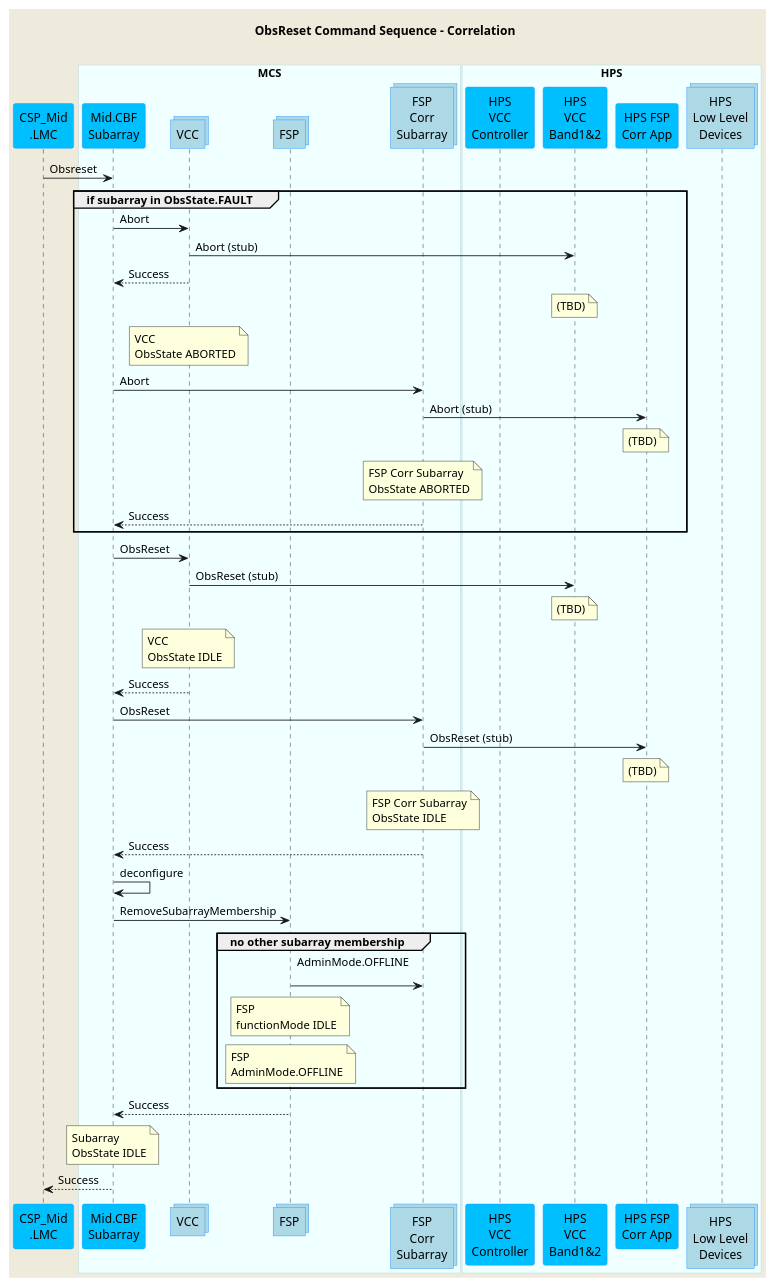
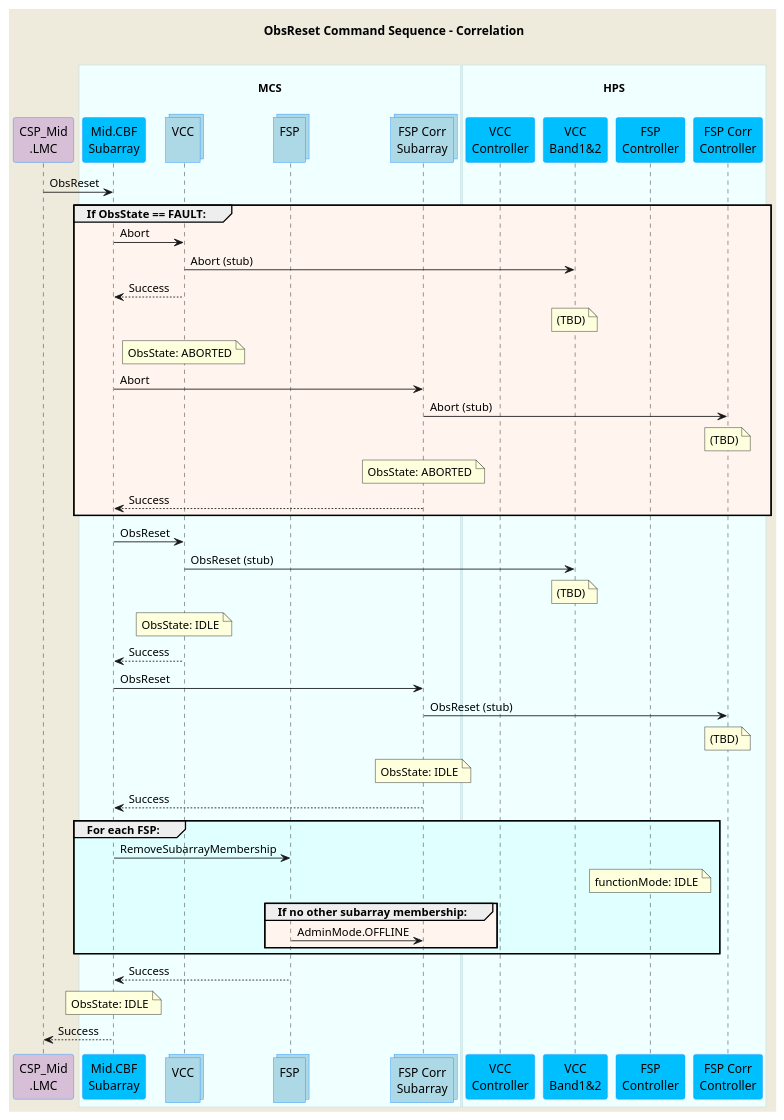
The diagram in docs/src/diagrams/obsreset-command.puml (ska-telescope/mid-cbf-mcs), drawn with PlantUML before and after one commit. The commit also changed 8 other files, not shown here.

```diff
--- a/docs/src/diagrams/obsreset-command.puml
+++ b/docs/src/diagrams/obsreset-command.puml
@@ -1,84 +1,79 @@
 @startuml
 'https://plantuml.com/sequence-diagram
 
 skinparam backgroundColor #EEEBDC
 skinparam sequence {
-ParticipantBorderColor DodgerBlue
-ParticipantBackgroundColor DeepSkyBlue
-ActorBorderColor DarkGreen
-ActorBackgroundColor Green
-BoxBorderColor LightBlue
-BoxBackgroundColor #F0FFFF
+  ParticipantBorderColor DodgerBlue
+  ParticipantBackgroundColor DeepSkyBlue
+  ActorBorderColor DarkGreen
+  ActorBackgroundColor Green
+  BoxBorderColor LightBlue
+  BoxBackgroundColor #F0FFFF
 }
-
 skinparam collections {
   BackGroundColor LightBlue
   BorderColor DodgerBlue
 }
-
 skinparam database {
   BackgroundColor LightGreen
   BorderColor DarkGreen
 }
 
 title ObsReset Command Sequence - Correlation\n
 
-participant "CSP_Mid\n.LMC" as lmc
-
-box "MCS"
-participant "Mid.CBF\nSubarray" as subarray
-collections "VCC" as vcc
-collections "FSP" as fsp
-collections "FSP\nCorr\nSubarray" as fspsubarray
+participant "CSP_Mid\n.LMC" as lmc #Thistle
+box "\nMCS\n"
+  participant "Mid.CBF\nSubarray" as subarray
+  collections "VCC\n" as vcc
+  collections "FSP\n" as fsp
+  collections "FSP Corr\nSubarray" as fspsubarray
+end box
+box "\nHPS\n"
+  participant "VCC\nController" as hpsvcc
+  participant "VCC\nBand1&2" as hpsvccband
+  participant "FSP\nController" as hpsfsp_cont  
+  participant "FSP Corr\nController" as hpsfsp
 end box
 
-box "HPS"
-participant "HPS\nVCC\nController" as hpsvcc
-participant "HPS\nVCC\nBand1&2" as hpsvccband
-participant "HPS FSP\nCorr App" as hpsfsp
-collections "HPS\nLow Level\nDevices" as hpsdevices
-end box
+lmc         ->  subarray      : ObsReset
 
-lmc         ->  subarray      : Obsreset
-
-group if subarray in ObsState.FAULT
-subarray    ->  vcc           : Abort
-vcc         ->  hpsvccband    : Abort (stub)
-subarray    <--  vcc          : Success
-note over hpsvccband          : (TBD)
-note over vcc                 : VCC\nObsState ABORTED
-subarray    ->  fspsubarray   : Abort
-fspsubarray ->  hpsfsp        : Abort (stub)
-note over hpsfsp              : (TBD)
-note over fspsubarray         : FSP Corr Subarray\nObsState ABORTED
-subarray    <--  fspsubarray  : Success
+group #SeaShell If ObsState == FAULT:
+  subarray    ->  vcc           : Abort
+  vcc         ->  hpsvccband    : Abort (stub)
+  subarray    <--  vcc          : Success
+  note over hpsvccband          : (TBD)
+  note over vcc                 : ObsState: ABORTED
+  subarray    ->  fspsubarray   : Abort
+  fspsubarray ->  hpsfsp        : Abort (stub)
+  note over hpsfsp              : (TBD)
+  note over fspsubarray         : ObsState: ABORTED
+  subarray    <--  fspsubarray  : Success
 end group
 
 subarray    ->  vcc           : ObsReset
 vcc         ->  hpsvccband    : ObsReset (stub)
 note over hpsvccband          : (TBD)
-note over vcc                 : VCC\nObsState IDLE
+note over vcc                 : ObsState: IDLE
 subarray    <--  vcc          : Success
 
 subarray    ->  fspsubarray   : ObsReset
 fspsubarray ->  hpsfsp        : ObsReset (stub)
 note over hpsfsp              : (TBD)
-note over fspsubarray         : FSP Corr Subarray\nObsState IDLE
+note over fspsubarray         : ObsState: IDLE
 subarray    <--  fspsubarray  : Success
 
-subarray    ->  subarray      : deconfigure
-subarray    ->  fsp           : RemoveSubarrayMembership
-
-group no other subarray membership
-fsp         ->  fspsubarray   : AdminMode.OFFLINE\n
-note over fsp                 : FSP\nfunctionMode IDLE
-note over fsp                 : FSP\nAdminMode.OFFLINE
+group #LightCyan For each FSP:
+    subarray    -> fsp          : RemoveSubarrayMembership
+    note over hpsfsp_cont       : functionMode: IDLE
+    group #SeaShell If no other subarray membership:
+      fsp       ->  fspsubarray : AdminMode.OFFLINE
+    end group
 end group
 
 subarray    <--  fsp          : Success
 
-note over subarray            : Subarray\nObsState IDLE
+note over subarray            : ObsState: IDLE
 lmc        <--  subarray      : Success
 
 
 @enduml
```
